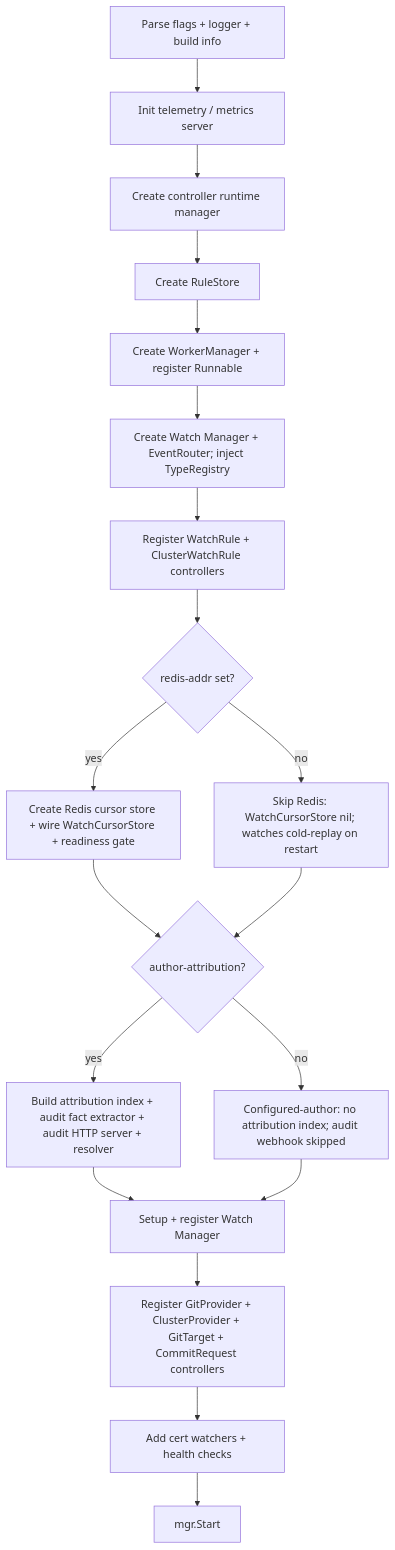
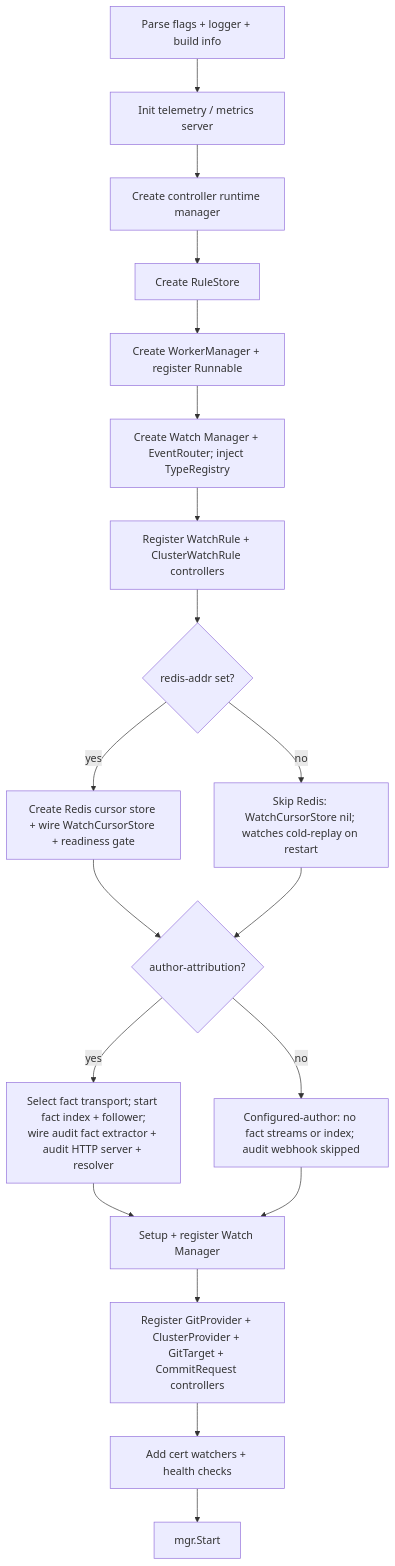
The fifth of 5 diagrams in docs/architecture.md (ConfigButler/gitops-reverser), drawn with Mermaid before and after one commit. The commit also changed other lines of this file and 82 other files, not shown here.

First line of the commit message:
feat(attribution)!: switch the resolver to the fact index and relabel the metric surface (#287)

````diff
--- a/docs/architecture.md
+++ b/docs/architecture.md
@@ -1156,21 +1226,21 @@
 ```mermaid
 flowchart TD
     A[Parse flags + logger + build info] --> B[Init telemetry / metrics server]
     B --> C[Create controller runtime manager]
     C --> D[Create RuleStore]
     D --> E[Create WorkerManager + register Runnable]
     E --> F[Create Watch Manager + EventRouter; inject TypeRegistry]
     F --> G[Register WatchRule + ClusterWatchRule controllers]
     G --> H{redis-addr set?}
     H -->|yes| Hi[Create Redis cursor store + wire WatchCursorStore + readiness gate]
     H -->|no| Hj[Skip Redis: WatchCursorStore nil; watches cold-replay on restart]
     Hi --> Hq{author-attribution?}
     Hj --> Hq
-    Hq -->|yes| I[Build attribution index + audit fact extractor + audit HTTP server + resolver]
-    Hq -->|no| J[Configured-author: no attribution index; audit webhook skipped]
+    Hq -->|yes| I[Select fact transport; start fact index + follower;<br/>wire audit fact extractor + audit HTTP server + resolver]
+    Hq -->|no| J[Configured-author: no fact streams or index; audit webhook skipped]
     I --> K[Setup + register Watch Manager]
     J --> K
     K --> L[Register GitProvider + ClusterProvider + GitTarget + CommitRequest controllers]
     L --> M[Add cert watchers + health checks]
     M --> N[mgr.Start]
 ```
````
